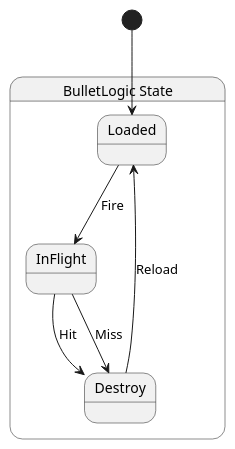
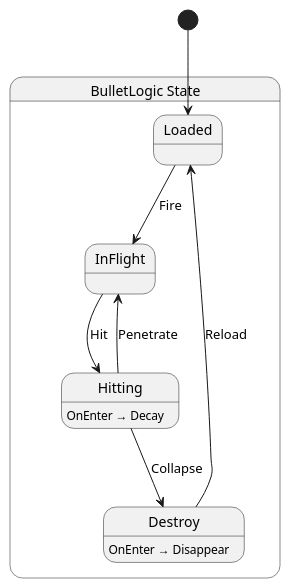
One commit to Ygoat/EternalJourney changed the diagram in src/bullet/state/BulletLogic.g.puml. Above: the diagram before and after it, drawn with PlantUML. The commit also changed 3 other files, not shown here.

```diff
--- a/src/bullet/state/BulletLogic.g.puml
+++ b/src/bullet/state/BulletLogic.g.puml
@@ -1,13 +1,19 @@
 @startuml BulletLogic
 state "BulletLogic State" as EternalJourney_App_State_BulletLogic_State {
   state "Loaded" as EternalJourney_App_State_BulletLogic_State_Loaded
   state "InFlight" as EternalJourney_App_State_BulletLogic_State_InFlight
+  state "Hitting" as EternalJourney_App_State_BulletLogic_State_Hitting
   state "Destroy" as EternalJourney_App_State_BulletLogic_State_Destroy
 }
 
 EternalJourney_App_State_BulletLogic_State_Destroy --> EternalJourney_App_State_BulletLogic_State_Loaded : Reload
-EternalJourney_App_State_BulletLogic_State_InFlight --> EternalJourney_App_State_BulletLogic_State_Destroy : Hit
-EternalJourney_App_State_BulletLogic_State_InFlight --> EternalJourney_App_State_BulletLogic_State_Destroy : Miss
+EternalJourney_App_State_BulletLogic_State_Hitting --> EternalJourney_App_State_BulletLogic_State_Destroy : Collapse
+EternalJourney_App_State_BulletLogic_State_Hitting --> EternalJourney_App_State_BulletLogic_State_InFlight : Penetrate
+EternalJourney_App_State_BulletLogic_State_InFlight --> EternalJourney_App_State_BulletLogic_State_Hitting : Hit
 EternalJourney_App_State_BulletLogic_State_Loaded --> EternalJourney_App_State_BulletLogic_State_InFlight : Fire
+
+EternalJourney_App_State_BulletLogic_State_Destroy : OnEnter → Disappear
+EternalJourney_App_State_BulletLogic_State_Hitting : OnEnter → Decay
+
 [*] --> EternalJourney_App_State_BulletLogic_State_Loaded
 @enduml
```
